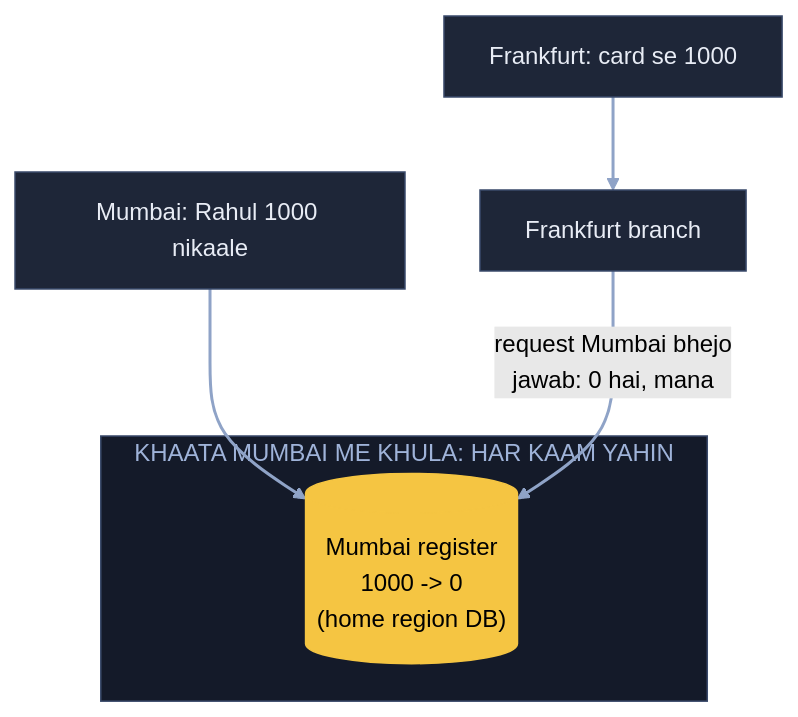
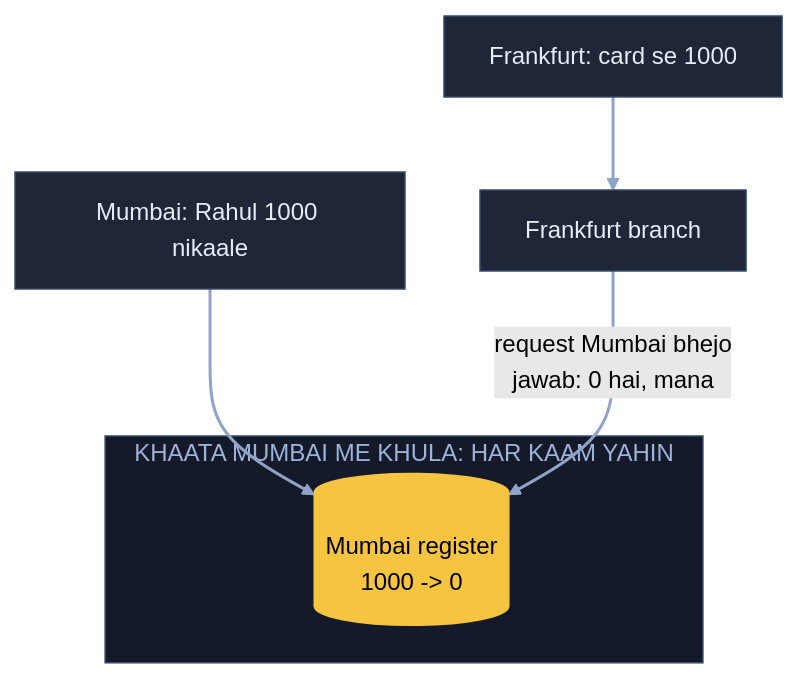
Before and after one commit to ArpanMaheshwari144/Prep: diagram 21 of 22 in 04_HLD/SYSTEM_DESIGNS/13_banking_system/13_banking_system.md, drawn with Mermaid (forest theme). The commit also changed other lines of this file and 20 other files, not shown here.

Commit message:
Diagram: sirf hand notes wale naam rahe (66 apne joda naam hataye); README 22-Nov tak update

````diff
--- a/04_HLD/SYSTEM_DESIGNS/13_banking_system/13_banking_system.md
+++ b/04_HLD/SYSTEM_DESIGNS/13_banking_system/13_banking_system.md
@@ -768,16 +768,16 @@
 ```mermaid
 flowchart TB
     R1["Mumbai: Rahul 1000 nikaale"]:::card
     R2["Frankfurt: card se 1000"]:::card
     F["Frankfurt branch"]:::card
     subgraph HR["KHAATA MUMBAI ME KHULA: HAR KAAM YAHIN"]
-        M[("Mumbai register<br/>1000 -> 0<br/>(home region DB)")]:::pill
+        M[("Mumbai register<br/>1000 -> 0")]:::pill
     end
     R1 --> M
     R2 --> F
     F -- "request Mumbai bhejo<br/>jawab: 0 hai, mana" --> M
     linkStyle default stroke:#8fa3c7,stroke-width:2px
     classDef card fill:#1e2638,stroke:#3a4a6b,color:#e8ecf5
     classDef pill fill:#f5c542,stroke:#f5c542,color:#000
     style HR fill:#141a29,stroke:#3a4a6b,color:#9fb3d9
 ```
````
